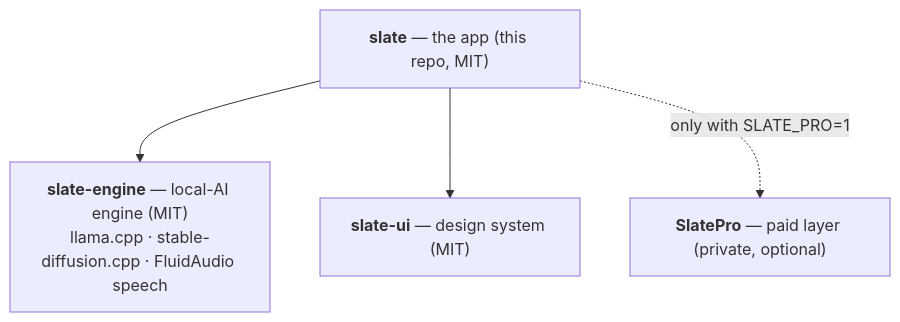
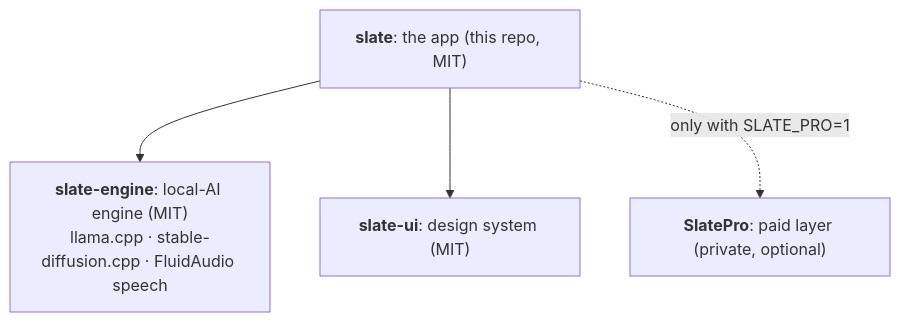
Before and after one commit to Lange-Co-Consulting/slate: the diagram in README.md, drawn with Mermaid. The commit also changed other lines of this file and 1 other file, not shown here.

````diff
--- a/README.md
+++ b/README.md
@@ -81,10 +81,10 @@
 ```mermaid
 flowchart TD
-    App["<b>slate</b> — the app (this repo, MIT)"]
-    Engine["<b>slate-engine</b> — local-AI engine (MIT)<br/>llama.cpp · stable-diffusion.cpp · FluidAudio speech"]
-    UI["<b>slate-ui</b> — design system (MIT)"]
-    Pro["<b>SlatePro</b> — paid layer (private, optional)"]
+    App["<b>slate</b>: the app (this repo, MIT)"]
+    Engine["<b>slate-engine</b>: local-AI engine (MIT)<br/>llama.cpp · stable-diffusion.cpp · FluidAudio speech"]
+    UI["<b>slate-ui</b>: design system (MIT)"]
+    Pro["<b>SlatePro</b>: paid layer (private, optional)"]
     App --> Engine
     App --> UI
     App -.->|"only with SLATE_PRO=1"| Pro
 ```
````
